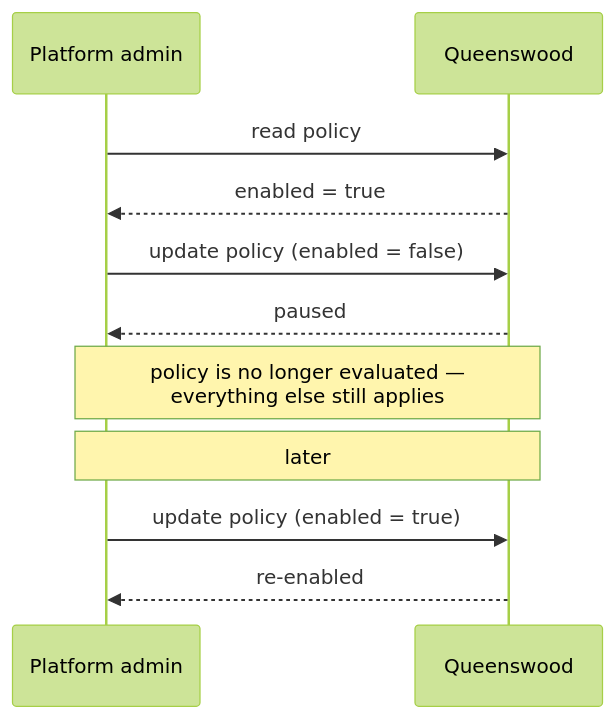
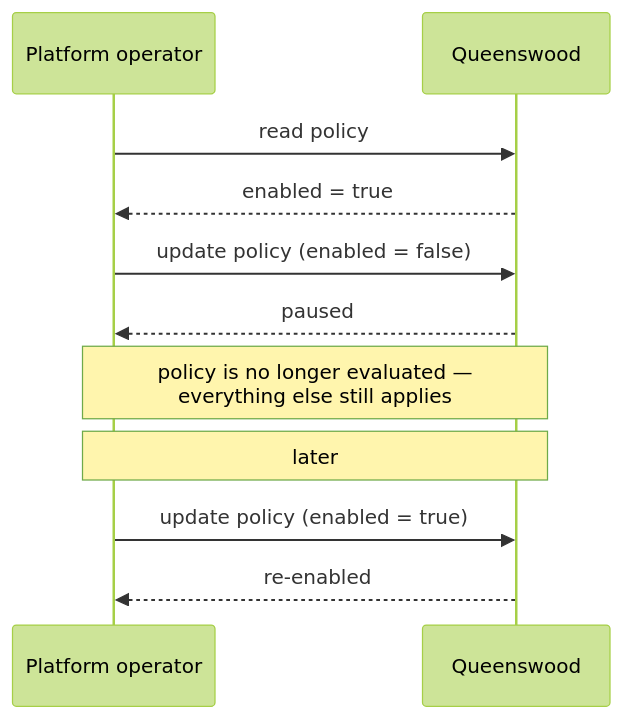
Before and after one commit to repldriven/queenswood: the fourth of 5 diagrams in docs/prd/policies.md, drawn with Mermaid (forest theme). The commit also changed other lines of this file and 15 other files, not shown here.

````diff
--- a/docs/prd/policies.md
+++ b/docs/prd/policies.md
@@ -329,14 +324,14 @@
 ```mermaid
 sequenceDiagram
-    participant O as Platform admin
+    participant O as Platform operator
     participant Q as Queenswood
 
     O->>Q: read policy
     Q-->>O: enabled = true
     O->>Q: update policy (enabled = false)
     Q-->>O: paused
     Note over O,Q: policy is no longer evaluated —<br/>everything else still applies
     Note over O,Q: later
     O->>Q: update policy (enabled = true)
     Q-->>O: re-enabled
 ```
````
